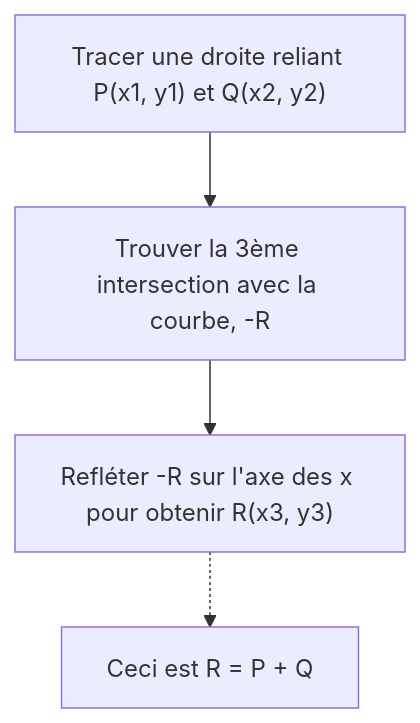
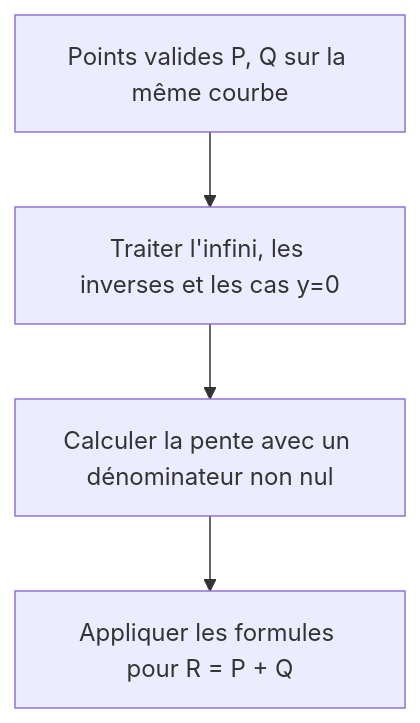
The first of 3 diagrams in content/post/楕円曲線暗号の数学的基礎とcppでの実装/index.fr.md (kenjinote/blog), drawn with Mermaid before and after one commit. The commit also changed other lines of this file and 6 other files, not shown here.

````diff
--- a/content/post/楕円曲線暗号の数学的基礎とcppでの実装/index.fr.md
+++ b/content/post/楕円曲線暗号の数学的基礎とcppでの実装/index.fr.md
@@ -112,6 +81,6 @@
 ```mermaid
 graph TD
-    Step1["Tracer une droite reliant P(x1, y1) et Q(x2, y2)"] --> Step2["Trouver la 3ème intersection avec la courbe, -R"]
-    Step2 --> Step3["Refléter -R sur l'axe des x pour obtenir R(x3, y3)"]
-    Step3 -.-> Result["Ceci est R = P + Q"]
+    A["Points valides P, Q sur la même courbe"] --> B["Traiter l'infini, les inverses et les cas y=0"]
+    B --> C["Calculer la pente avec un dénominateur non nul"]
+    C --> D["Appliquer les formules pour R = P + Q"]
 ```
````
